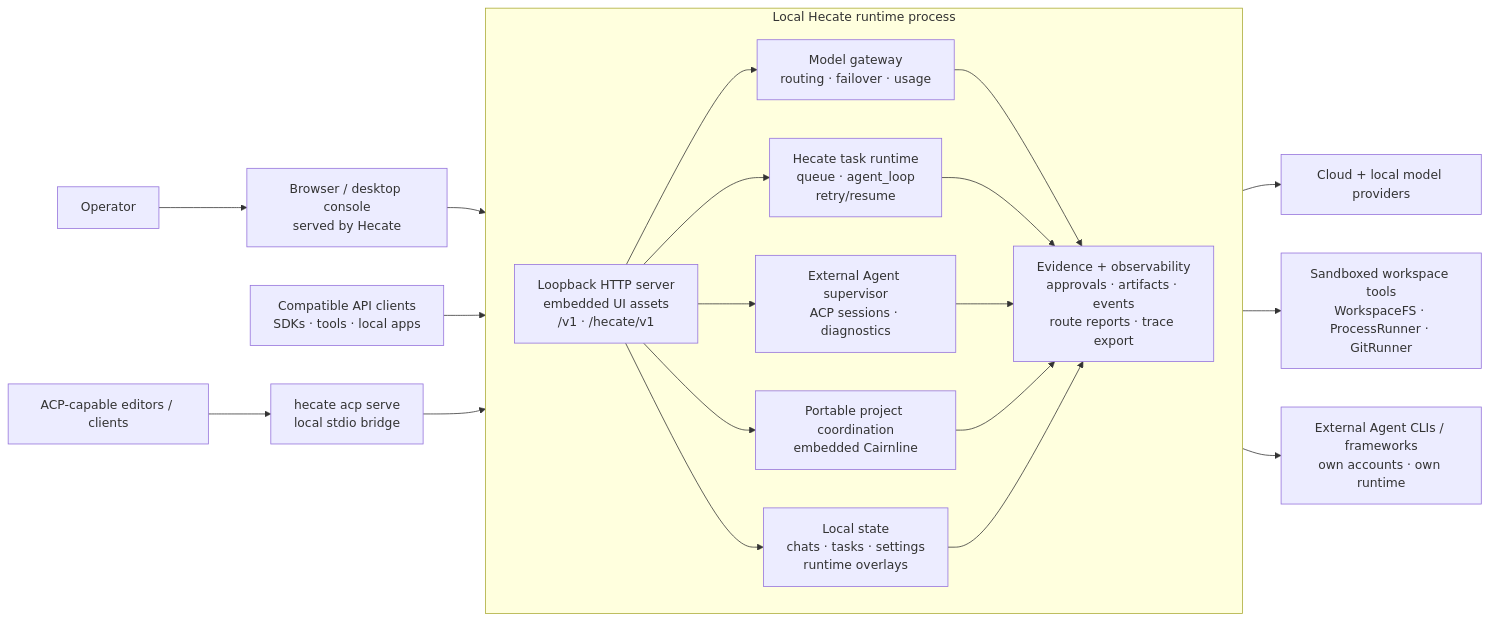
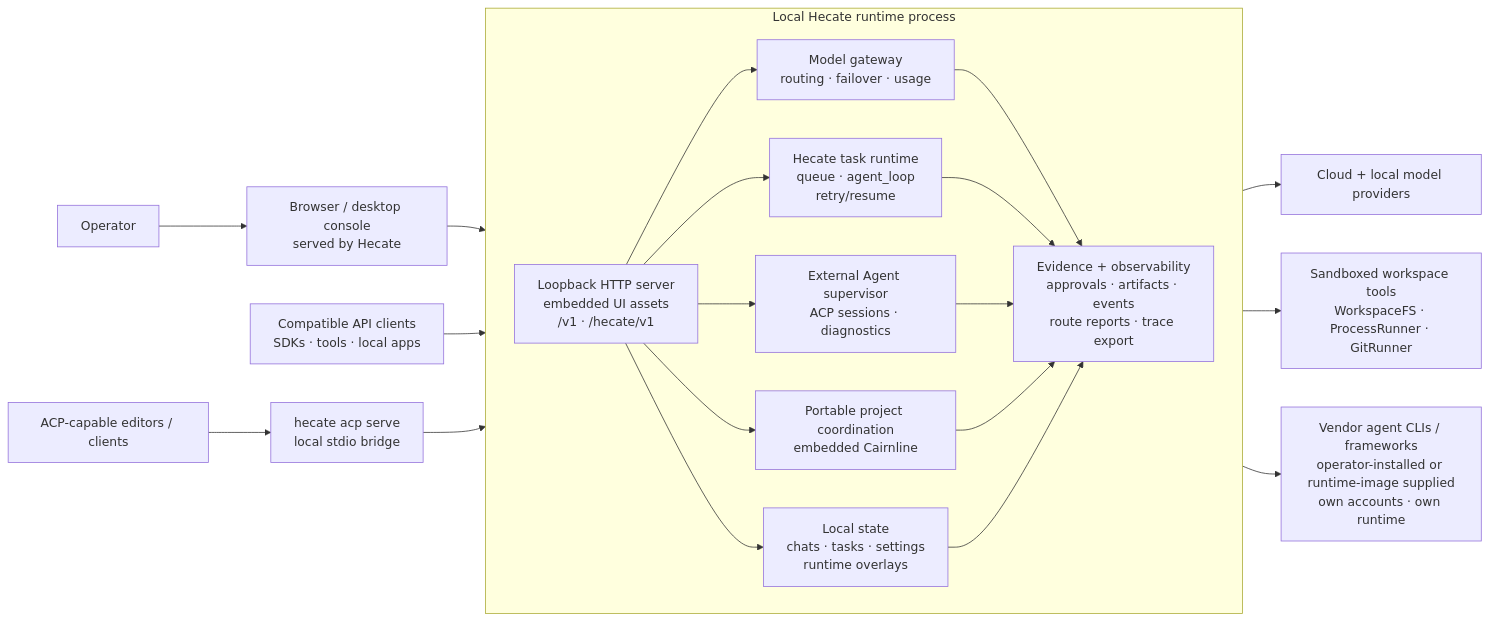
One commit to hecatehq/hecate changed the first of 2 diagrams in README.md. Above: the diagram before and after it, drawn with Mermaid. The commit also changed 41 other files, not shown here.

````diff
--- a/README.md
+++ b/README.md
@@ -132,41 +132,41 @@
 ```mermaid
 flowchart LR
     Operator["Operator"] --> Console["Browser / desktop console<br/>served by Hecate"]
     APIClients["Compatible API clients<br/>SDKs · tools · local apps"]
     ACPClients["ACP-capable editors / clients"]
     ACPBridge["hecate acp serve<br/>local stdio bridge"]
 
     subgraph HecateProcess["Local Hecate runtime process"]
         direction LR
         HTTP["Loopback HTTP server<br/>embedded UI assets<br/>/v1 · /hecate/v1"]
         Gateway["Model gateway<br/>routing · failover · usage"]
         TaskRuntime["Hecate task runtime<br/>queue · agent_loop<br/>retry/resume"]
         AgentSupervisor["External Agent supervisor<br/>ACP sessions · diagnostics"]
         State["Local state<br/>chats · tasks · settings<br/>runtime overlays"]
         Projects["Portable project coordination<br/>embedded Cairnline"]
         Evidence["Evidence + observability<br/>approvals · artifacts · events<br/>route reports · trace export"]
 
         HTTP --> Gateway
         HTTP --> TaskRuntime
         HTTP --> AgentSupervisor
         HTTP --> State
         HTTP --> Projects
         Gateway --> Evidence
         TaskRuntime --> Evidence
         AgentSupervisor --> Evidence
         Projects --> Evidence
         State --> Evidence
     end
 
     Providers["Cloud + local model providers"]
     Tools["Sandboxed workspace tools<br/>WorkspaceFS · ProcessRunner · GitRunner"]
-    ExternalCLIs["External Agent CLIs / frameworks<br/>own accounts · own runtime"]
+    ExternalCLIs["Vendor agent CLIs / frameworks<br/>operator-installed or runtime-image supplied<br/>own accounts · own runtime"]
 
     Console --> HTTP
     APIClients --> HTTP
     ACPClients --> ACPBridge
     ACPBridge --> HTTP
     Gateway --> Providers
     TaskRuntime --> Tools
     AgentSupervisor --> ExternalCLIs
 ```
````
